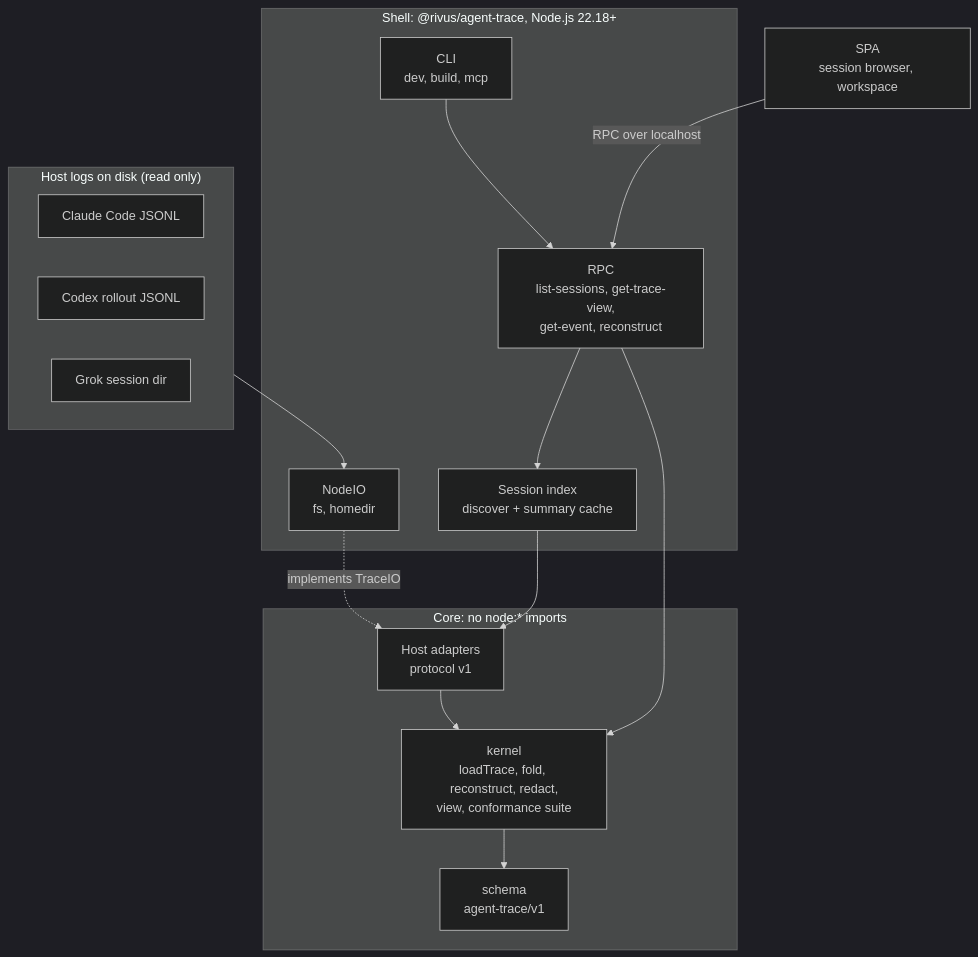
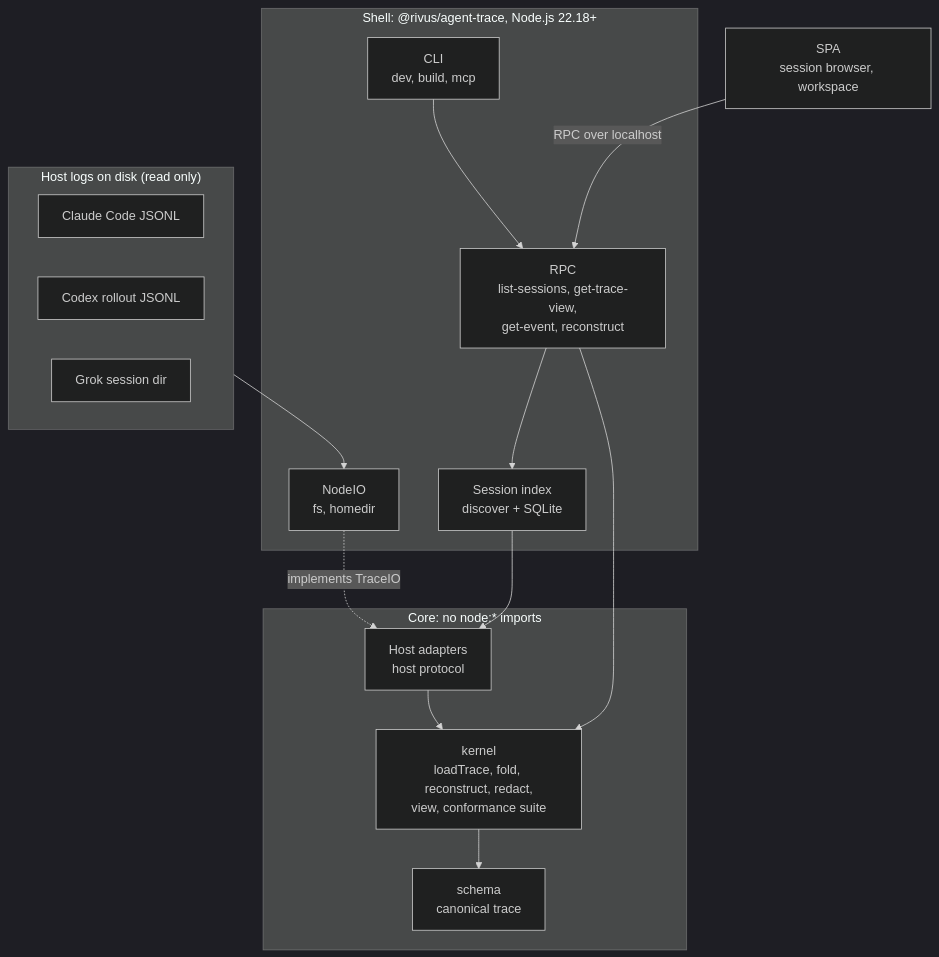
One commit to PerfectPan/estela changed the first of 4 diagrams in docs/plans/0001-external-release.md. Above: the diagram before and after it, drawn with Mermaid (dark theme). The commit also changed other lines of this file and 3 other files, not shown here.

First line of the commit message:
docs: settle rslib, SQLite index, release intent, and terminal output in Plan 0001

````diff
--- a/docs/plans/0001-external-release.md
+++ b/docs/plans/0001-external-release.md
@@ -104,29 +105,29 @@
 ```mermaid
 flowchart TB
   subgraph hosts["Host logs on disk (read only)"]
     cc["Claude Code JSONL"]
     cx["Codex rollout JSONL"]
     gk["Grok session dir"]
   end
   subgraph core["Core: no node:* imports"]
-    ad["Host adapters<br/>protocol v1"]
+    ad["Host adapters<br/>host protocol"]
     kernel["kernel<br/>loadTrace, fold, reconstruct, redact,<br/>view, conformance suite"]
-    schema["schema<br/>agent-trace/v1"]
+    schema["schema<br/>canonical trace"]
   end
   subgraph shell["Shell: @rivus/agent-trace, Node.js 22.18+"]
     io["NodeIO<br/>fs, homedir"]
-    idx["Session index<br/>discover + summary cache"]
+    idx["Session index<br/>discover + SQLite"]
     rpc["RPC<br/>list-sessions, get-trace-view,<br/>get-event, reconstruct"]
     cli["CLI<br/>dev, build, mcp"]
   end
   spa["SPA<br/>session browser, workspace"]
 
   hosts --> io
   io -. "implements TraceIO" .-> ad
   ad --> kernel --> schema
   idx --> ad
   rpc --> idx
   rpc --> kernel
   cli --> rpc
   spa -- "RPC over localhost" --> rpc
 ```
````
